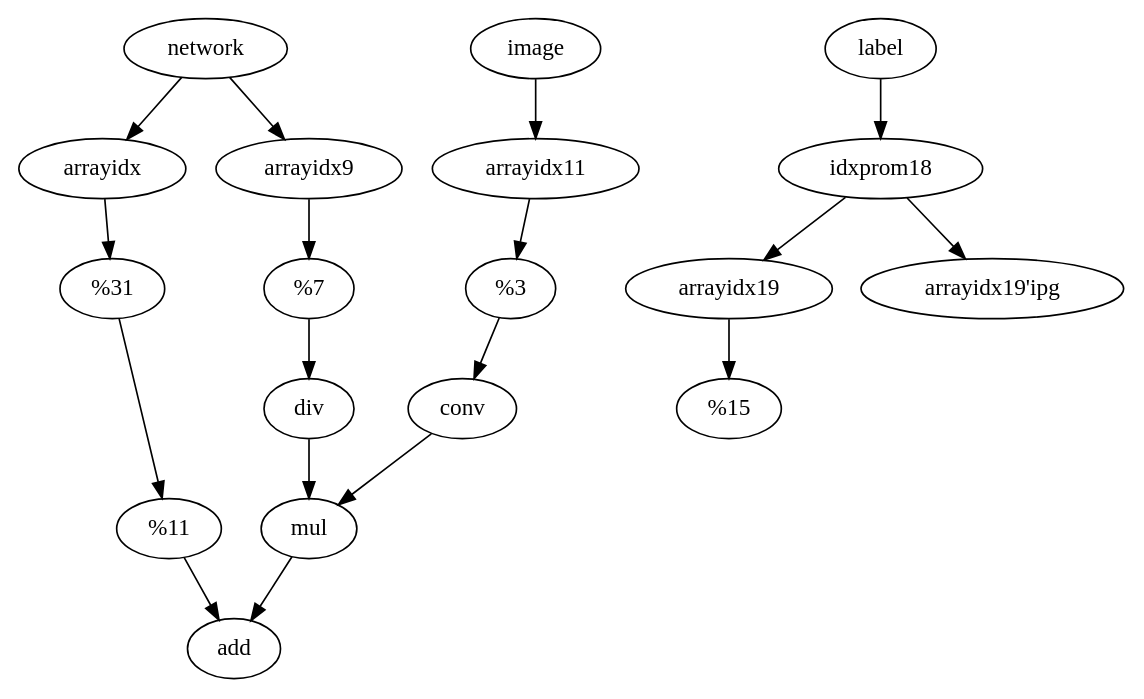
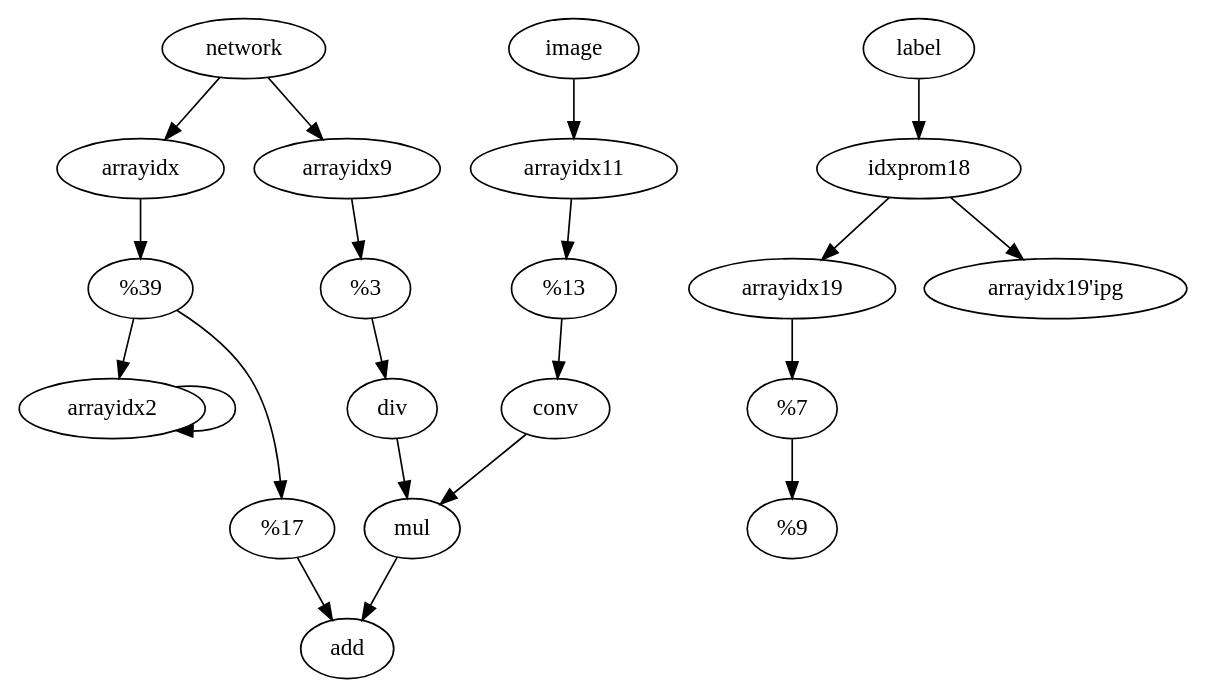
The diagram in enzyme/benchmarks/nn/forward.dot (sfu-arch/Enzyme), drawn with Graphviz before and after one commit. The commit also changed 26 other files, not shown here.

```diff
--- a/enzyme/benchmarks/nn/forward.dot
+++ b/enzyme/benchmarks/nn/forward.dot
@@ -1,19 +1,22 @@
 digraph G {
+		"%3" -> "div"
+		"%21" -> "%22"
 		"%4" -> "conv"
-		"%3" -> "div"
 		"%2" -> "add"
+		"arrayidx9" -> "%3"
 		"arrayidx19" -> "%21"
-		"arrayidx9" -> "%3"
-		"div" -> "mul"
+		"mul" -> "add"
+		"arrayidx2" -> "arrayidx2"
+		"arrayidx11" -> "%4"
 		"image" -> "arrayidx11"
+		"network" -> "arrayidx9"
 		"network" -> "arrayidx"
-		"network" -> "arrayidx9"
 		"label" -> "idxprom18"
 		"arrayidx" -> "%1"
+		"%1" -> "%2"
+		"%1" -> "arrayidx2"
 		"conv" -> "mul"
-		"%1" -> "%2"
 		"idxprom18" -> "arrayidx19'ipg"
 		"idxprom18" -> "arrayidx19"
-		"mul" -> "add"
-		"arrayidx11" -> "%4"
+		"div" -> "mul"
 }
```
